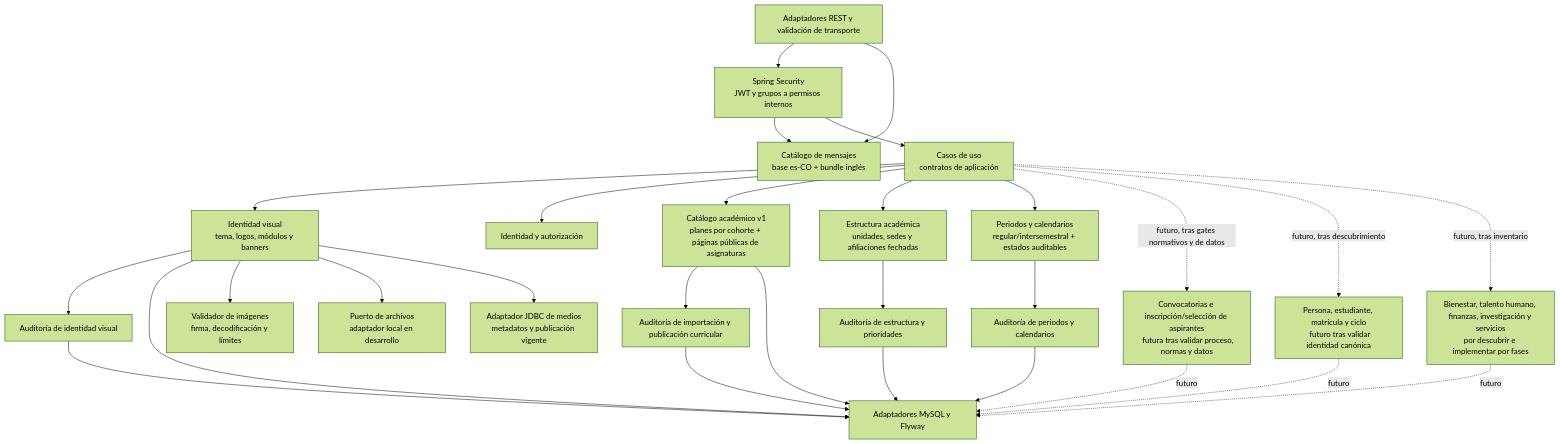
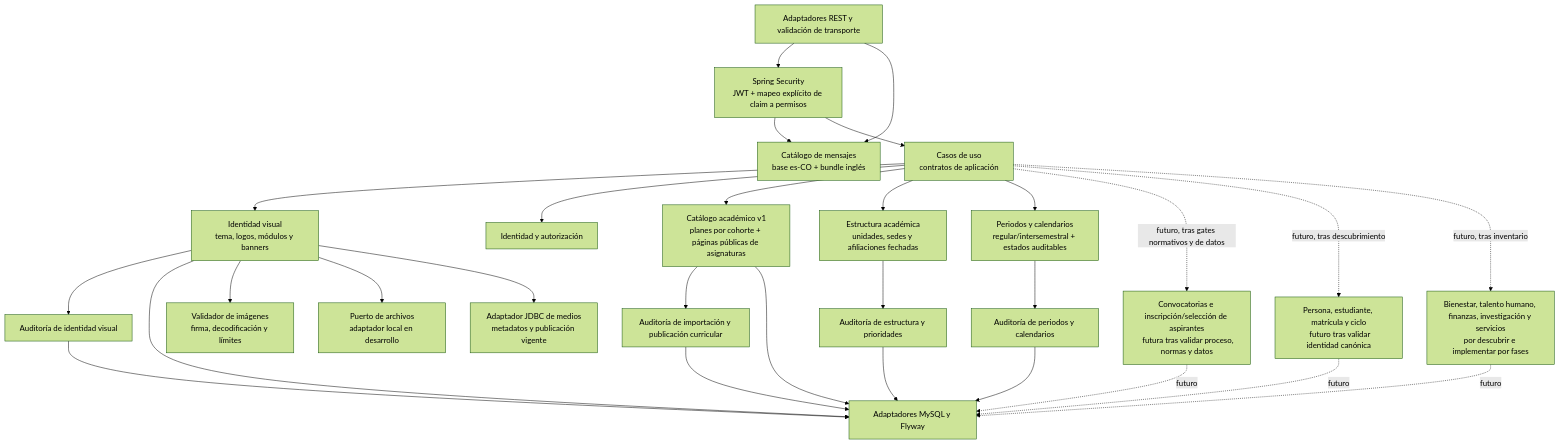
The third of 3 diagrams in docs/architecture/c4.md (jdsalasca/open-university-backend), drawn with Mermaid (forest theme) before and after one commit. The commit also changed other lines of this file and 16 other files, not shown here.

````diff
--- a/docs/architecture/c4.md
+++ b/docs/architecture/c4.md
@@ -63,54 +64,54 @@
 ```mermaid
 flowchart TB
   Web[Adaptadores REST y validación de transporte]
-  Security[Spring Security\nJWT y grupos a permisos internos]
+  Security[Spring Security\nJWT + mapeo explícito de claim a permisos]
   I18n[Catálogo de mensajes\nbase es-CO + bundle inglés]
   UseCases[Casos de uso\ncontratos de aplicación]
   Branding[Identidad visual\ntema, logos, módulos y banners]
   Identity[Identidad y autorización]
   Admissions[Convocatorias e inscripción/selección de aspirantes
   futura tras validar proceso, normas y datos]
   Student[Persona, estudiante, matrícula y ciclo
   futuro tras validar identidad canónica]
   Academics[Catálogo académico v1\nplanes por cohorte + páginas públicas de asignaturas]
   Structure[Estructura académica\nunidades, sedes y afiliaciones fechadas]
   Periods[Periodos y calendarios\nregular/intersemestral + estados auditables]
   Other[Bienestar, talento humano, finanzas, investigación y servicios\npor descubrir e implementar por fases]
   BrandingAudit[Auditoría de identidad visual]
   AcademicAudit[Auditoría de importación y publicación curricular]
   StructureAudit[Auditoría de estructura y prioridades]
   PeriodAudit[Auditoría de periodos y calendarios]
   Persistence[Adaptadores MySQL y Flyway]
   MediaValidation[Validador de imágenes\nfirma, decodificación y límites]
   AssetStorage[Puerto de archivos\nadaptador local en desarrollo]
   AssetRepository[Adaptador JDBC de medios\nmetadatos y publicación vigente]
 
   Web --> Security
   Web --> I18n
   Security --> I18n
   Security --> UseCases
   UseCases --> Branding
   UseCases --> Identity
   UseCases --> Academics
   UseCases --> Structure
   UseCases --> Periods
   UseCases -. futuro, tras gates normativos y de datos .-> Admissions
   UseCases -. futuro, tras descubrimiento .-> Student
   UseCases -. futuro, tras inventario .-> Other
   Branding --> BrandingAudit
   BrandingAudit --> Persistence
   Academics --> AcademicAudit
   AcademicAudit --> Persistence
   Structure --> StructureAudit
   StructureAudit --> Persistence
   Periods --> PeriodAudit
   PeriodAudit --> Persistence
   Branding --> Persistence
   Branding --> MediaValidation
   Branding --> AssetStorage
   Branding --> AssetRepository
   Academics --> Persistence
   Admissions -. futuro .-> Persistence
   Student -. futuro .-> Persistence
   Other -. futuro .-> Persistence
 ```
````
